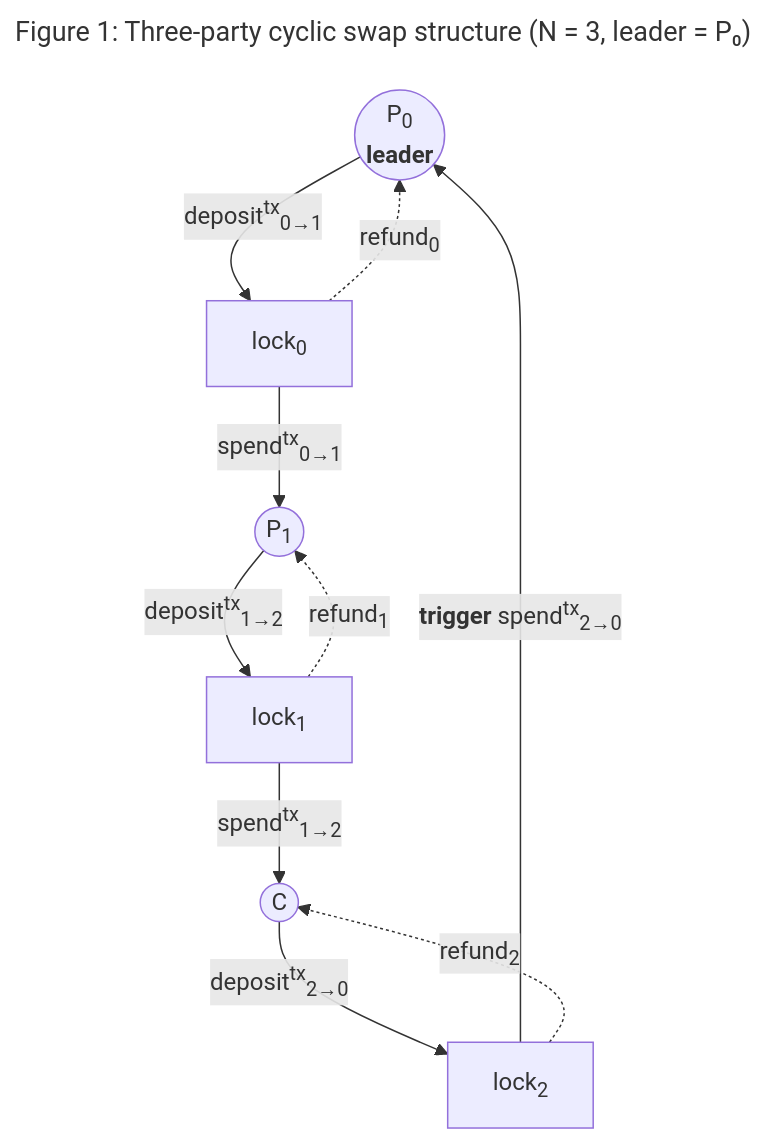
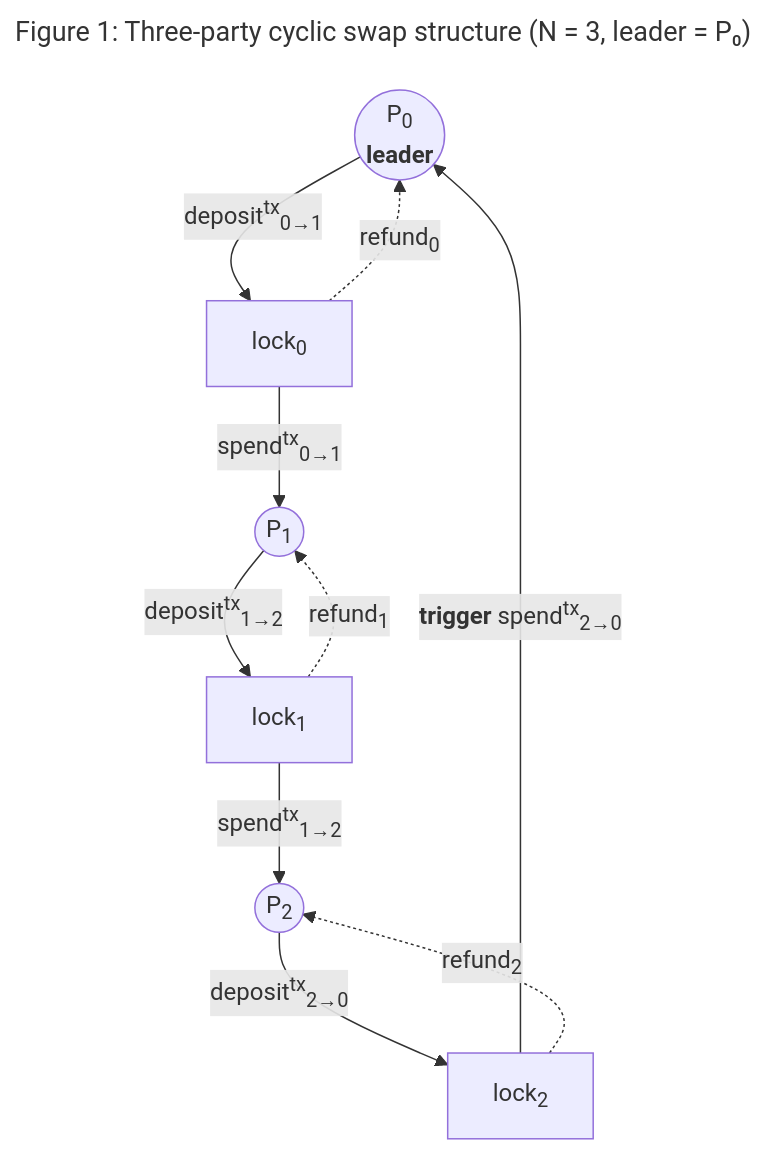
Before and after one commit to input-output-hk/cyclic-atomic-swap: the first of 4 diagrams in docs/arc42/5_bbw.md, drawn with Mermaid. The commit also changed 1 other file, not shown here.

Commit message:
Updated mermaid diagrams in `5_bbw.md` and `abstract.md` to correct labels and improve clarity. Added a detailed swap structure diagram to `abstract.md`.

````diff
--- a/docs/arc42/5_bbw.md
+++ b/docs/arc42/5_bbw.md
@@ -63,24 +63,24 @@
 ```mermaid
 ---
 title: "Figure 1: Three-party cyclic swap structure (N = 3, leader = P₀)"
 ---
 graph TD
     P0((P<sub>0</sub><br><b>leader</b>))
     P1((P<sub>1</sub>))
-    P2((C))
+    P2((P<sub>2</sub>))
     L0[lock<sub>0</sub>]
     L1[lock<sub>1</sub>]
     L2[lock<sub>2</sub>]
  
     P0 -->|deposit<sup>tx</sup><sub>0→1</sub>| L0
     P1 -->|deposit<sup>tx</sup><sub>1→2</sub>| L1
     P2 -->|deposit<sup>tx</sup><sub>2→0</sub>| L2
  
     L0 -->|spend<sup>tx</sup><sub>0→1</sub>| P1
     L1 -->|spend<sup>tx</sup><sub>1→2</sub>| P2
     L2 -->|<b>trigger</b> spend<sup>tx</sup><sub>2→0</sub>| P0
  
     L0 -.->|refund<sub>0</sub>| P0
     L1 -.->|refund<sub>1</sub>| P1
     L2 -.->|refund<sub>2</sub>| P2
 ```
````
